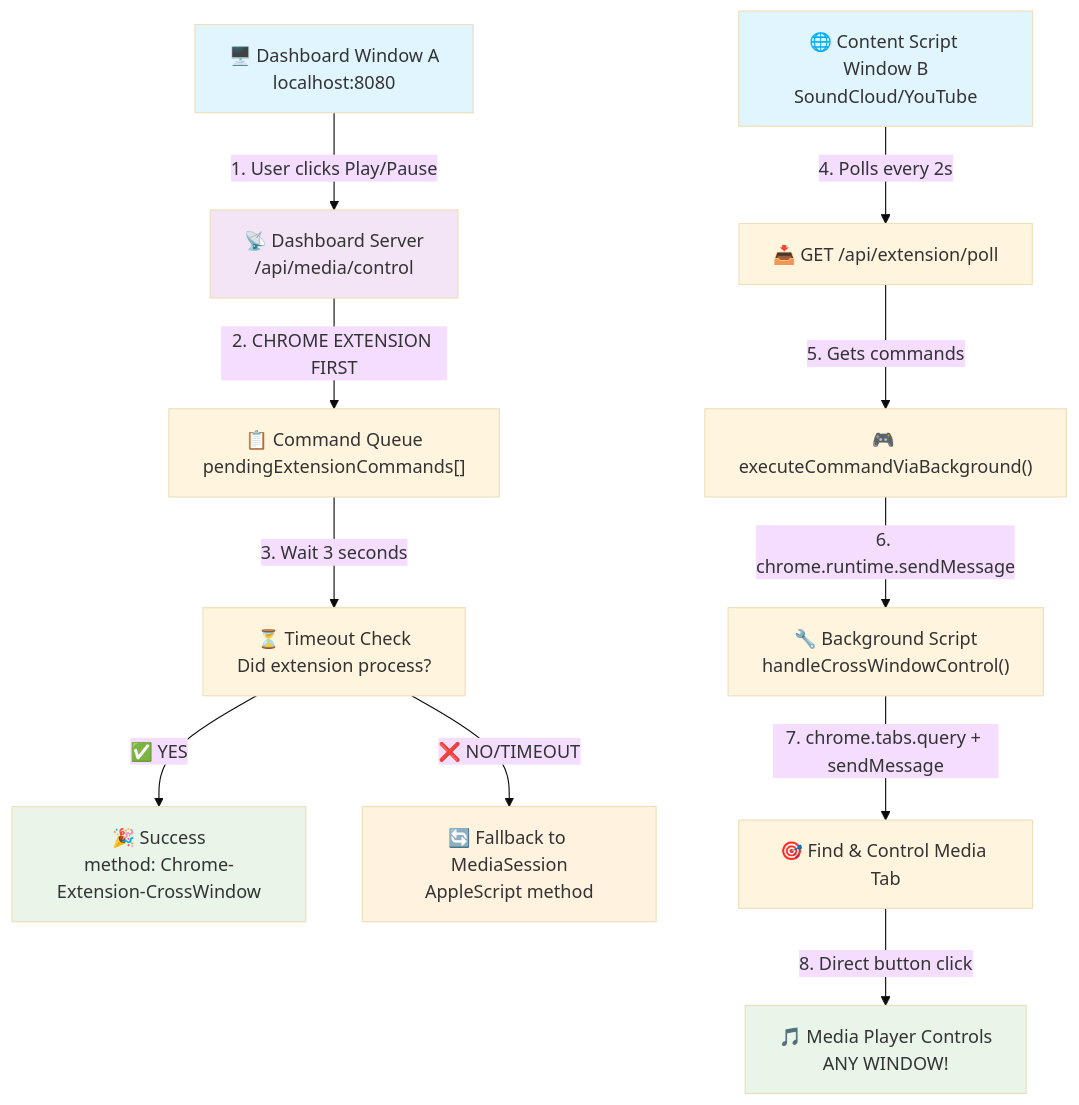
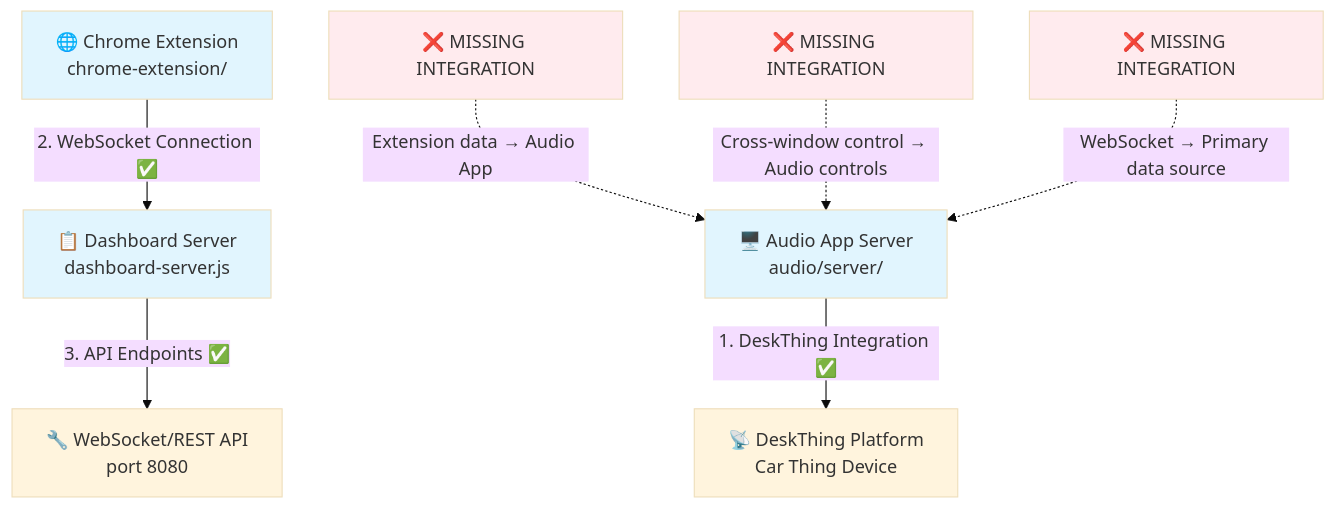
Before and after one commit to ItsRiprod/Deskthing-Apps: the first of 2 diagrams in ARCHITECTURE.md, drawn with Mermaid (base theme). The commit also changed other lines of this file and 5 other files, not shown here.

````diff
--- a/ARCHITECTURE.md
+++ b/ARCHITECTURE.md
@@ -9,22 +9,17 @@
 ```mermaid
 graph TD
-    A["🖥️ Dashboard Window A<br/>localhost:8080"] -->|"1. User clicks Play/Pause"| B["📡 Dashboard Server<br/>/api/media/control"]
-    B -->|"2. CHROME EXTENSION FIRST"| C["📋 Command Queue<br/>pendingExtensionCommands[]"]
-    C -->|"3. Wait 3 seconds"| D["⏳ Timeout Check<br/>Did extension process?"]
+    A["🖥️ Audio App Server<br/>audio/server/"] -->|"1. DeskThing Integration ✅"| B["📡 DeskThing Platform<br/>Car Thing Device"]
+    C["🌐 Chrome Extension<br/>chrome-extension/"] -->|"2. WebSocket Connection ✅"| D["📋 Dashboard Server<br/>dashboard-server.js"]
+    D -->|"3. API Endpoints ✅"| E["🔧 WebSocket/REST API<br/>port 8080"]
     
-    D -->|"✅ YES"| E["🎉 Success<br/>method: Chrome-Extension-CrossWindow"]
-    D -->|"❌ NO/TIMEOUT"| F["🔄 Fallback to MediaSession<br/>AppleScript method"]
-    
-    G["🌐 Content Script Window B<br/>SoundCloud/YouTube"] -->|"4. Polls every 2s"| H["📥 GET /api/extension/poll"]
-    H -->|"5. Gets commands"| I["🎮 executeCommandViaBackground()"]
-    I -->|"6. chrome.runtime.sendMessage"| J["🔧 Background Script<br/>handleCrossWindowControl()"]
-    J -->|"7. chrome.tabs.query + sendMessage"| K["🎯 Find & Control Media Tab"]
-    K -->|"8. Direct button click"| L["🎵 Media Player Controls<br/>ANY WINDOW!"]
+    F["❌ MISSING INTEGRATION"] -.->|"Extension data → Audio App"| A
+    G["❌ MISSING INTEGRATION"] -.->|"Cross-window control → Audio controls"| A
+    H["❌ MISSING INTEGRATION"] -.->|"WebSocket → Primary data source"| A
     
     style A fill:#e1f5fe
-    style B fill:#f3e5f5
-    style E fill:#e8f5e8
-    style F fill:#fff3e0
-    style G fill:#e1f5fe
-    style L fill:#e8f5e8
+    style C fill:#e1f5fe
+    style D fill:#e1f5fe
+    style F fill:#ffebee
+    style G fill:#ffebee
+    style H fill:#ffebee
 ```
````
